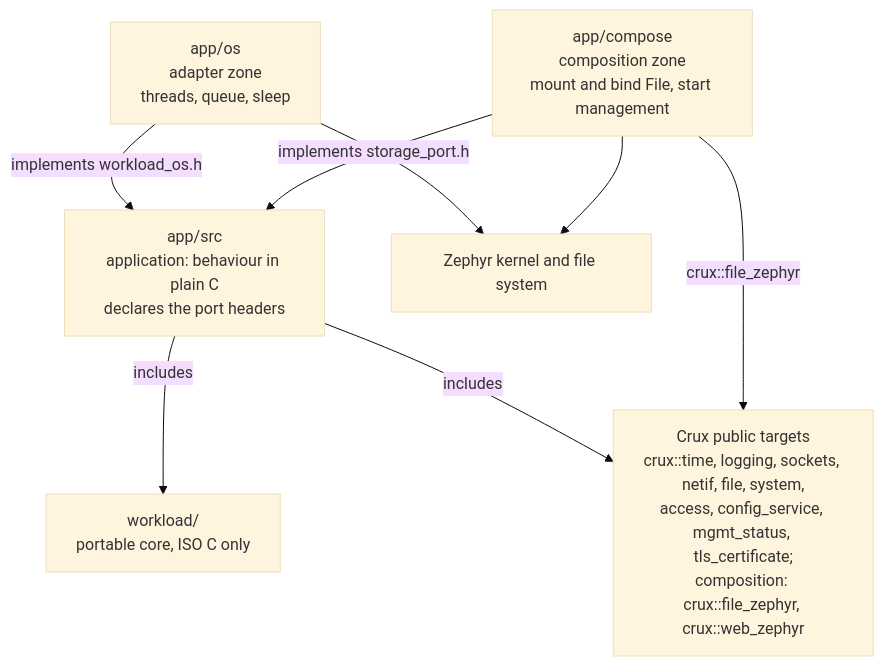
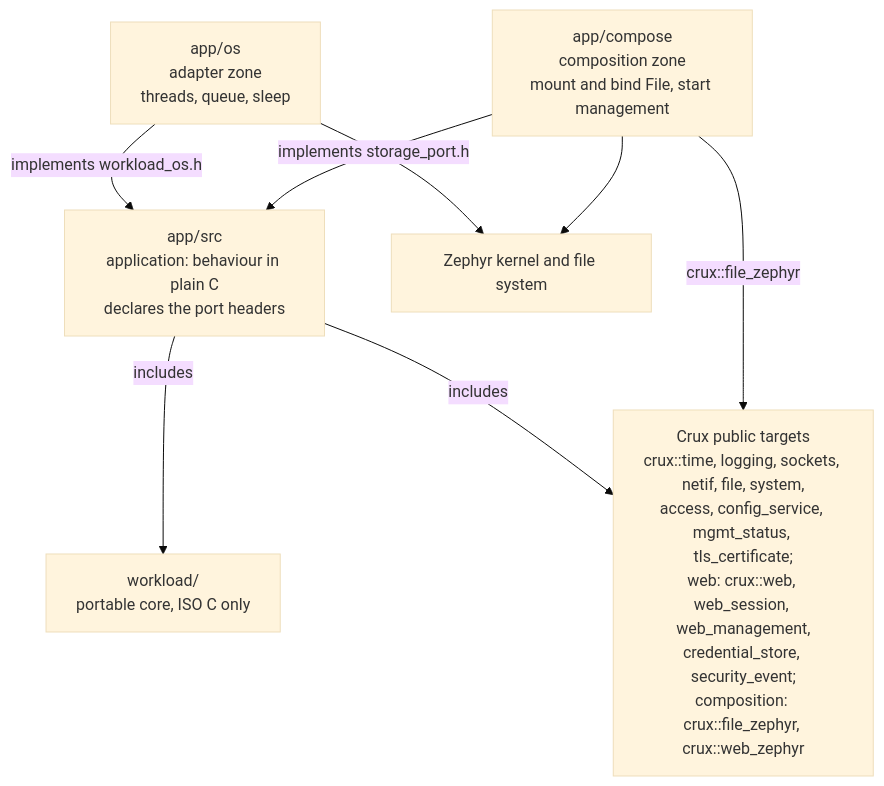
One commit to wonny-labs/crux-controller changed the diagram in docs/architecture.md. Above: the diagram before and after it, drawn with Mermaid (base theme). The commit also changed other lines of this file and 10 other files, not shown here.

````diff
--- a/docs/architecture.md
+++ b/docs/architecture.md
@@ -38,16 +38,16 @@
 ```mermaid
 flowchart TD
     SRC["app/src<br/>application: behaviour in plain C<br/>declares the port headers"]
     WL["workload/<br/>portable core, ISO C only"]
     OS["app/os<br/>adapter zone<br/>threads, queue, sleep"]
     COMP["app/compose<br/>composition zone<br/>mount and bind File, start management"]
-    CRUX["Crux public targets<br/>crux::time, logging, sockets, netif, file, system,<br/>access, config_service, mgmt_status, tls_certificate;<br/>composition: crux::file_zephyr, crux::web_zephyr"]
+    CRUX["Crux public targets<br/>crux::time, logging, sockets, netif, file, system,<br/>access, config_service, mgmt_status, tls_certificate;<br/>web: crux::web, web_session, web_management,<br/>credential_store, security_event;<br/>composition: crux::file_zephyr, crux::web_zephyr"]
     ZEPHYR["Zephyr kernel and file system"]
     SRC -->|includes| WL
     SRC -->|includes| CRUX
     OS -->|implements workload_os.h| SRC
     COMP -->|implements storage_port.h| SRC
     OS --> ZEPHYR
     COMP --> ZEPHYR
     COMP -->|crux::file_zephyr| CRUX
 ```
````
